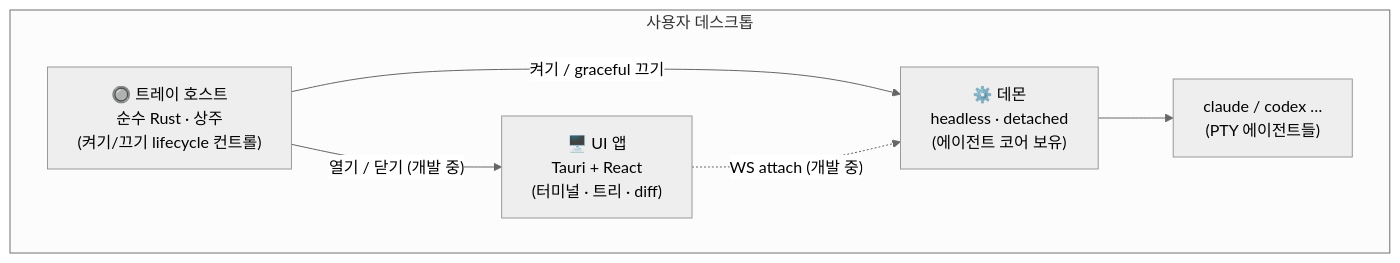
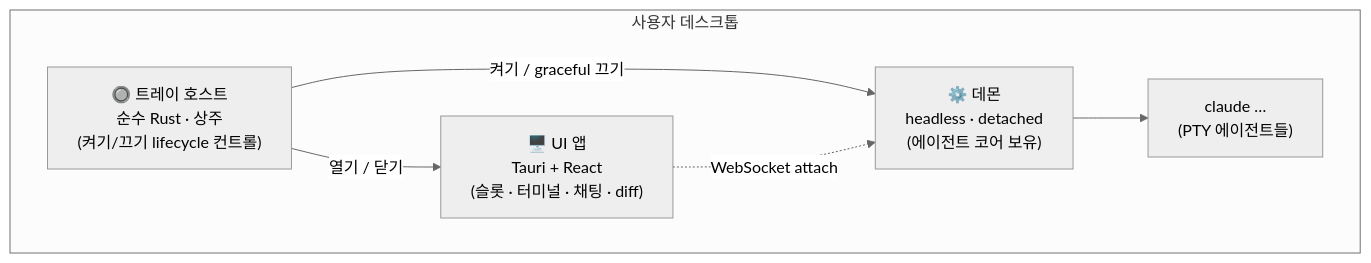
Before and after one commit to kimsunzun/engram-dashboard: the diagram in README.md, drawn with Mermaid (neutral theme). The commit also changed other lines of this file, not shown here.

````diff
--- a/README.md
+++ b/README.md
@@ -11,14 +39,14 @@
 ```mermaid
 graph TB
     subgraph desktop["사용자 데스크톱"]
         Tray["🔘 트레이 호스트<br/>순수 Rust · 상주<br/>(켜기/끄기 lifecycle 컨트롤)"]
-        UI["🖥️ UI 앱<br/>Tauri + React<br/>(터미널 · 트리 · diff)"]
+        UI["🖥️ UI 앱<br/>Tauri + React<br/>(슬롯 · 터미널 · 채팅 · diff)"]
         Daemon["⚙️ 데몬<br/>headless · detached<br/>(에이전트 코어 보유)"]
-        Agents["claude / codex …<br/>(PTY 에이전트들)"]
+        Agents["claude …<br/>(PTY 에이전트들)"]
     end
 
     Tray -->|"켜기 / graceful 끄기"| Daemon
-    Tray -->|"열기 / 닫기 (개발 중)"| UI
-    UI -.->|"WS attach (개발 중)"| Daemon
+    Tray -->|"열기 / 닫기"| UI
+    UI -.->|"WebSocket attach"| Daemon
     Daemon --> Agents
 ```
````
